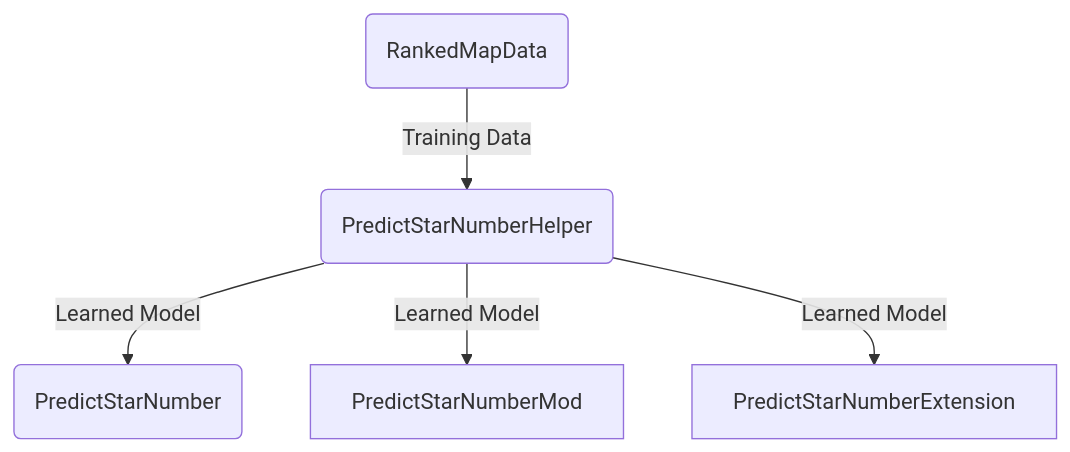
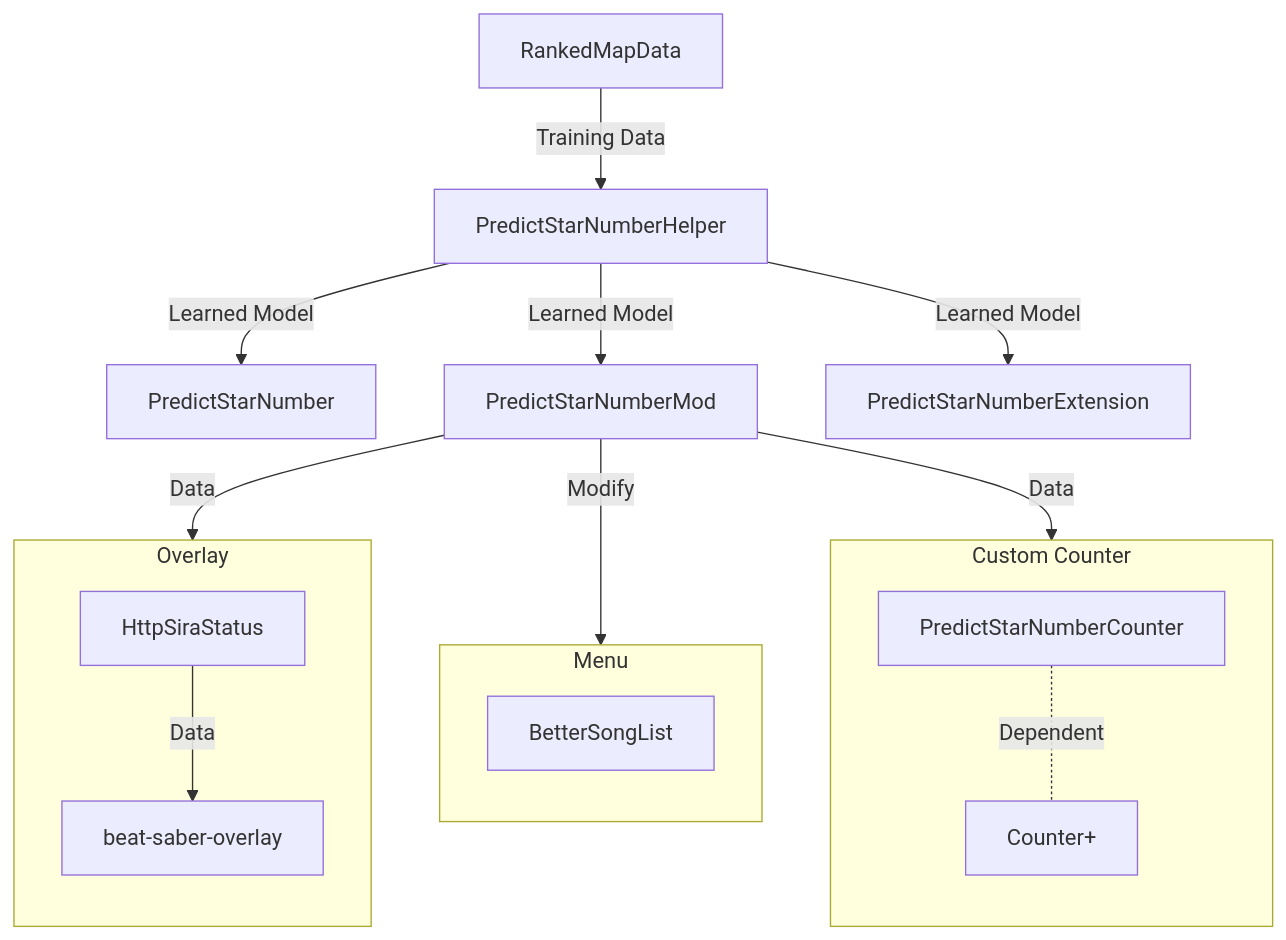
Before and after one commit to rakkyo150/PredictStarNumberMod: the diagram in README.md, drawn with Mermaid. The commit also changed other lines of this file and 1 other file, not shown here.

````diff
--- a/README.md
+++ b/README.md
@@ -17,7 +48,22 @@
 ```mermaid
 flowchart
-    First(RankedMapData) -- Training Data --> Second(PredictStarNumberHelper)
-    Second -- Learned Model --> Third(PredictStarNumber)
-    Second -- Learned Model --> PredictStarNumberMod
+    First[RankedMapData] -- Training Data --> Second[PredictStarNumberHelper]
+    Second -- Learned Model --> PredictStarNumber
+    Second -- Learned Model --> Third[PredictStarNumberMod] 
     Second -- Learned Model --> PredictStarNumberExtension
+    subgraph Custom Counter
+        direction TB
+        PredictStarNumberCounter -.- |Dependent| Counter+
+    end
+    Third --Data--> PredictStarNumberCounter
+    subgraph Menu
+        direction TB
+        BetterSongList
+    end
+    Third --Modify--> BetterSongList
+    subgraph Overlay
+        direction TB
+        HttpSiraStatus --Data--> beat-saber-overlay
+    end
+    Third --Data--> HttpSiraStatus
 ```
````
